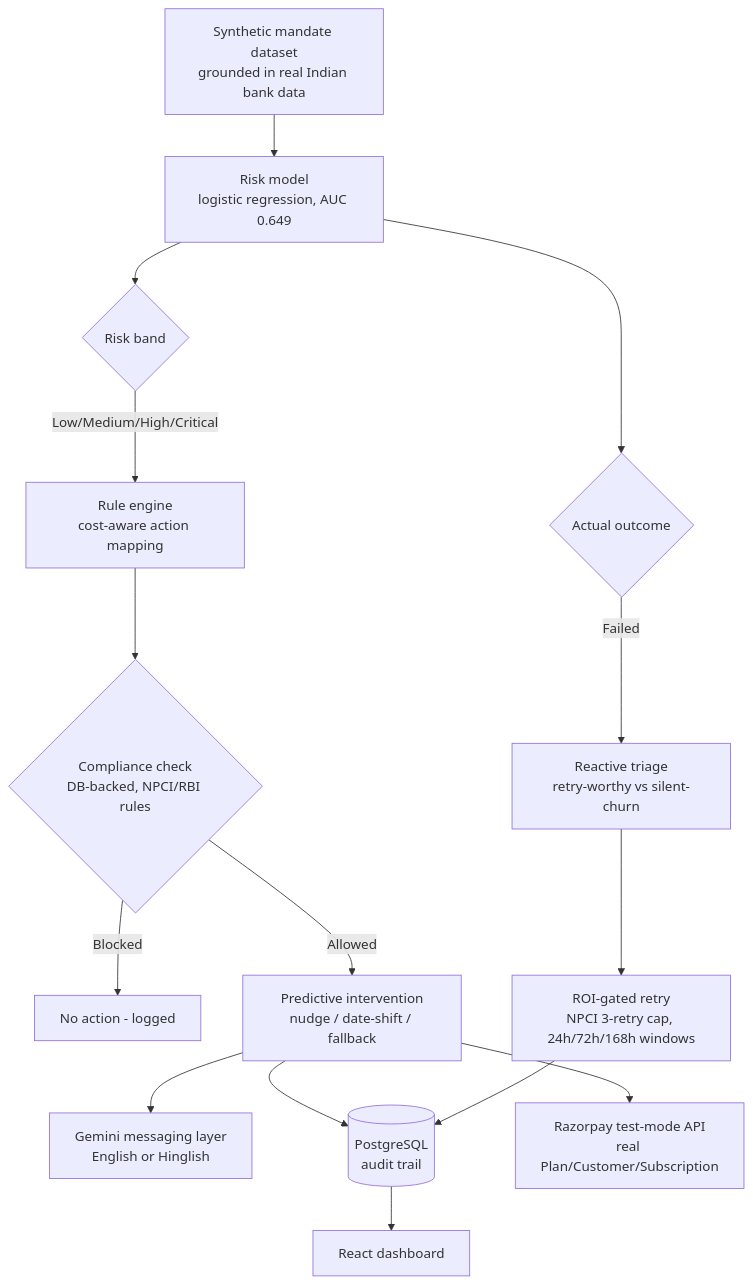
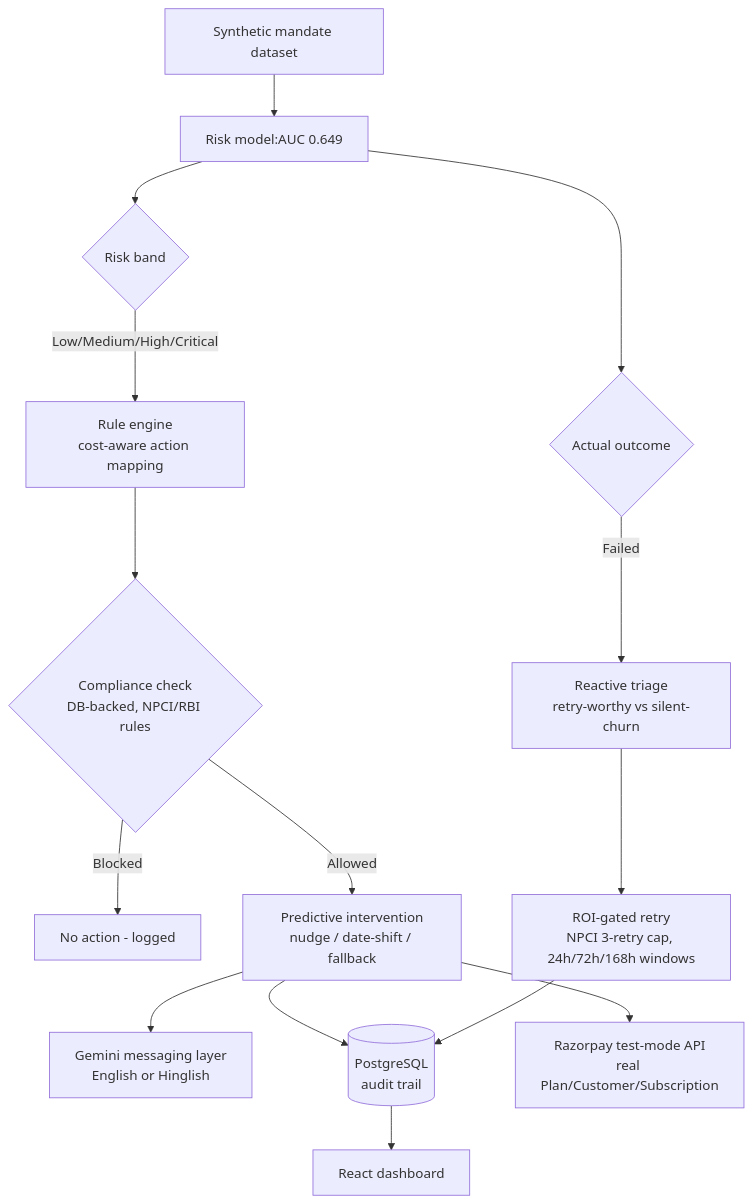
The diagram in README.md (thunderbolt3-14/fundguard), drawn with Mermaid before and after one commit.

Commit message:
changes to README.md

````diff
--- a/README.md
+++ b/README.md
@@ -15,17 +15,17 @@
 ```mermaid
 flowchart TD
-    A[Synthetic mandate dataset<br/>grounded in real Indian bank data      ] --> B[Risk model<br/>logistic regression, AUC 0.649    ]
+    A[Synthetic mandate dataset] --> B[Risk model:AUC 0.649]
     B --> C{Risk band}
     C -->|Low/Medium/High/Critical| D[Rule engine<br/>cost-aware action mapping]
     D --> E{Compliance check<br/>DB-backed, NPCI/RBI rules}
     E -->|Blocked| F[No action - logged]
     E -->|Allowed| G[Predictive intervention<br/>nudge / date-shift / fallback]
     G --> H[Gemini messaging layer<br/>English or Hinglish]
     B --> I{Actual outcome}
     I -->|Failed| J[Reactive triage<br/>retry-worthy vs silent-churn]
     J --> K[ROI-gated retry<br/>NPCI 3-retry cap, 24h/72h/168h windows]
     G --> L[(PostgreSQL<br/>audit trail)]
     K --> L
     G --> M[Razorpay test-mode API<br/>real Plan/Customer/Subscription]
     L --> N[React dashboard]
 ```
````
